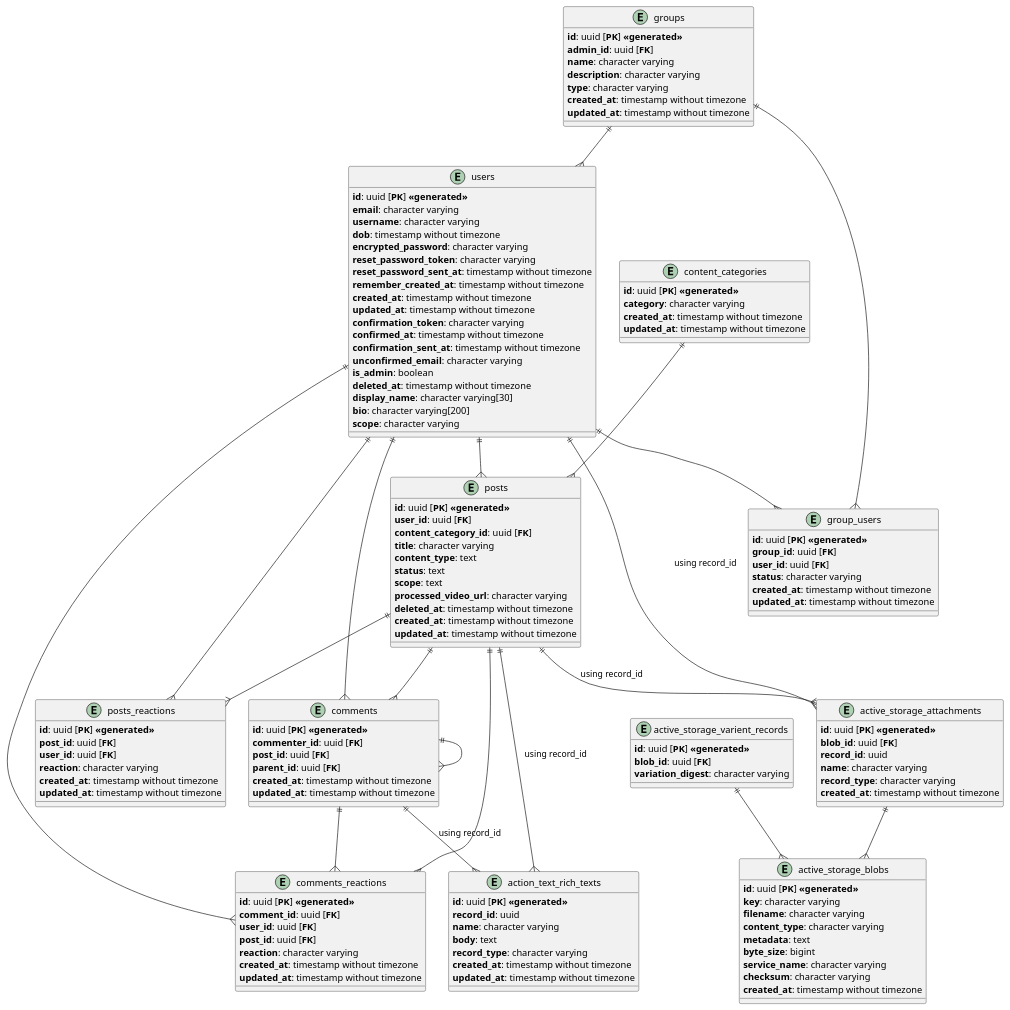
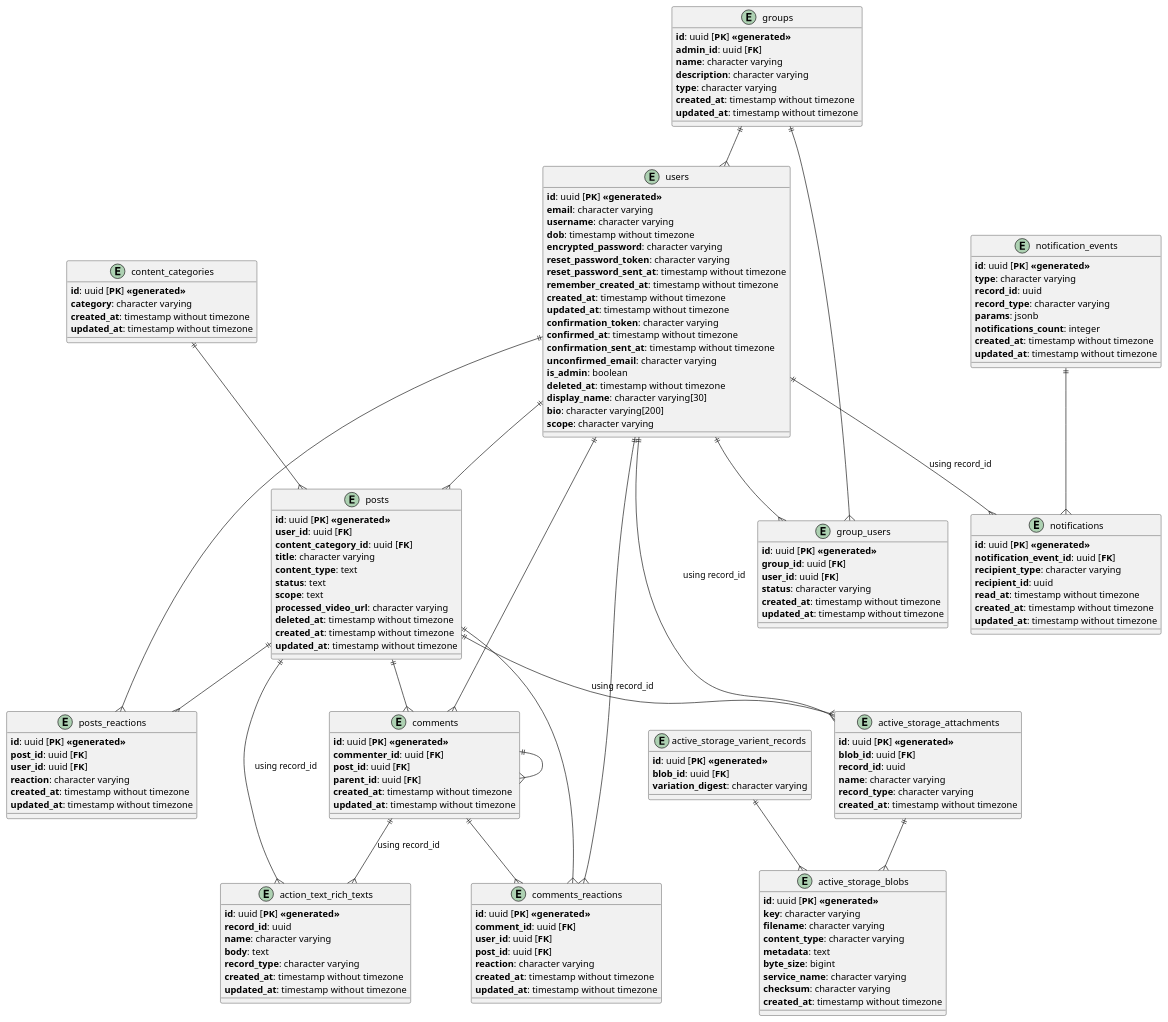
Before and after one commit to Chetan0211/karma_loop: the diagram in design/entity_diagram.puml, drawn with PlantUML. The commit also changed 32 other files, not shown here.

```diff
--- a/design/entity_diagram.puml
+++ b/design/entity_diagram.puml
@@ -1,168 +1,192 @@
 @startuml entity
 
 entity users{
   **id**: uuid [**PK**] **<<generated>>**
   **email**: character varying
   **username**: character varying
   **dob**: timestamp without timezone
   **encrypted_password**: character varying
   **reset_password_token**: character varying
   **reset_password_sent_at**: timestamp without timezone
   **remember_created_at**: timestamp without timezone
   **created_at**: timestamp without timezone
   **updated_at**: timestamp without timezone
   **confirmation_token**: character varying
   **confirmed_at**: timestamp without timezone
   **confirmation_sent_at**: timestamp without timezone
   **unconfirmed_email**: character varying
   **is_admin**: boolean
   **deleted_at**: timestamp without timezone
   **display_name**: character varying[30]
   **bio**: character varying[200]
   **scope**: character varying
 }
 
 entity content_categories{
   **id**: uuid [**PK**] **<<generated>>**
   **category**: character varying
   **created_at**: timestamp without timezone
   **updated_at**: timestamp without timezone
 }
 
 entity posts{
   **id**: uuid [**PK**] **<<generated>>**
   **user_id**: uuid [**FK**]
   **content_category_id**: uuid [**FK**]
   **title**: character varying
   **content_type**: text
   **status**: text
   **scope**: text
   **processed_video_url**: character varying
   **deleted_at**: timestamp without timezone
   **created_at**: timestamp without timezone
   **updated_at**: timestamp without timezone
 }
 
 entity posts_reactions{
   **id**: uuid [**PK**] **<<generated>>**
   **post_id**: uuid [**FK**]
   **user_id**: uuid [**FK**]
   **reaction**: character varying
   **created_at**: timestamp without timezone
   **updated_at**: timestamp without timezone
 }
 
 entity comments{
   **id**: uuid [**PK**] **<<generated>>**
   **commenter_id**: uuid [**FK**]
   **post_id**: uuid [**FK**]
   **parent_id**: uuid [**FK**]
   **created_at**: timestamp without timezone
   **updated_at**: timestamp without timezone
 }
 
 entity comments_reactions{
   **id**: uuid [**PK**] **<<generated>>**
   **comment_id**: uuid [**FK**]
   **user_id**: uuid [**FK**]
   **post_id**: uuid [**FK**]
   **reaction**: character varying
   **created_at**: timestamp without timezone
   **updated_at**: timestamp without timezone
 }
 
 entity groups{
   **id**: uuid [**PK**] **<<generated>>**
   **admin_id**: uuid [**FK**]
   **name**: character varying
   **description**: character varying
   **type**: character varying
   **created_at**: timestamp without timezone
   **updated_at**: timestamp without timezone
 }
 
 entity group_users{
   **id**: uuid [**PK**] **<<generated>>**
   **group_id**: uuid [**FK**]
   **user_id**: uuid [**FK**]
   **status**: character varying
   **created_at**: timestamp without timezone
   **updated_at**: timestamp without timezone
 }
 
 ' Rich text generated table
 entity action_text_rich_texts{
   **id**: uuid [**PK**] **<<generated>>**
   **record_id**: uuid
   **name**: character varying
   **body**: text
   **record_type**: character varying
   **created_at**: timestamp without timezone
   **updated_at**: timestamp without timezone
 }
 
 ' Active storage generated table
 entity active_storage_attachments{
   **id**: uuid [**PK**] **<<generated>>**
   **blob_id**: uuid [**FK**]
   **record_id**: uuid
   **name**: character varying
   **record_type**: character varying
   **created_at**: timestamp without timezone
 }
 
 ' Active storage generated table
 entity active_storage_blobs{
   **id**: uuid [**PK**] **<<generated>>**
   **key**: character varying
   **filename**: character varying
   **content_type**: character varying
   **metadata**: text
   **byte_size**: bigint
   **service_name**: character varying
   **checksum**: character varying
   **created_at**: timestamp without timezone
 }
 
 ' Active storage generated table
 entity active_storage_varient_records{
   **id**: uuid [**PK**] **<<generated>>**
   **blob_id**: uuid [**FK**]
   **variation_digest**: character varying
 }
 
+entity notifications{
+  **id**: uuid [**PK**] **<<generated>>**
+  **notification_event_id**: uuid [**FK**]
+  **recipient_type**: character varying
+  **recipient_id**: uuid
+  **read_at**: timestamp without timezone
+  **created_at**: timestamp without timezone
+  **updated_at**: timestamp without timezone
+}
+
+entity notification_events{
+  **id**: uuid [**PK**] **<<generated>>**
+  **type**: character varying
+  **record_id**: uuid
+  **record_type**: character varying
+  **params**: jsonb
+  **notifications_count**: integer
+  **created_at**: timestamp without timezone
+  **updated_at**: timestamp without timezone
+}
+
+notification_events ||--{ notifications
+users ||--{ notifications : "using record_id"
+
 posts ||--{ action_text_rich_texts : "using record_id"
 comments ||--{ action_text_rich_texts : "using record_id"
 
 users ||--{ active_storage_attachments : "using record_id"
 posts ||--{ active_storage_attachments : "using record_id"
 
 
 active_storage_varient_records ||--{ active_storage_blobs
 active_storage_attachments ||--{ active_storage_blobs
 
 
 users ||--{ posts
 content_categories ||--{ posts
 
 posts ||--{ posts_reactions
 users ||--{ posts_reactions
 
 posts ||--{ comments
 comments ||--{ comments
 users ||--{ comments
 
 comments ||--{ comments_reactions
 users ||--{ comments_reactions
 posts ||--{ comments_reactions
 
 groups ||--{ group_users
 users ||--{ group_users
 
 groups ||--{ users
 
 }
 
 
 
 @enduml
```
